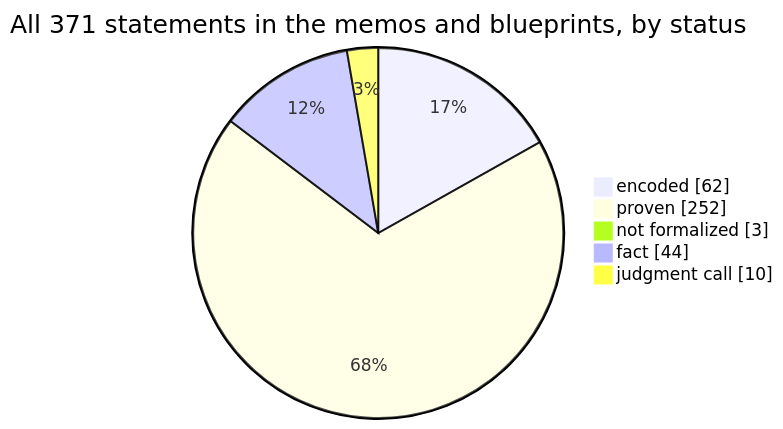
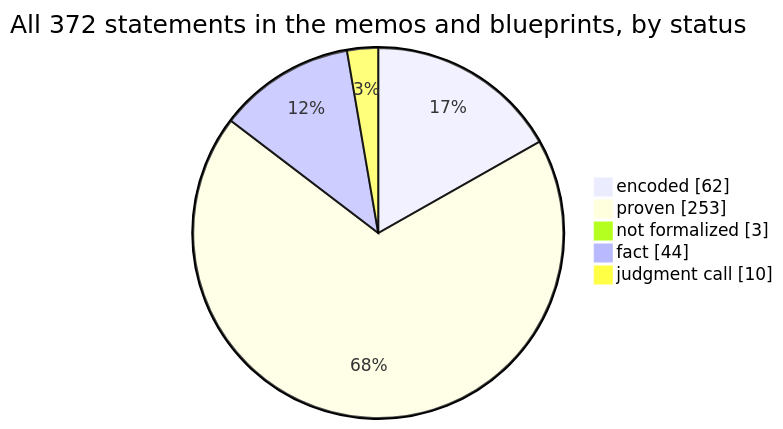
The first of 4 diagrams in docs/graphs/dashboard.md (SeanWMurray/Canteen), drawn with Mermaid before and after one commit. The commit also changed other lines of this file and 14 other files, not shown here.

````diff
--- a/docs/graphs/dashboard.md
+++ b/docs/graphs/dashboard.md
@@ -11,8 +11,8 @@
 ```mermaid
-pie showData title All 371 statements in the memos and blueprints, by status
+pie showData title All 372 statements in the memos and blueprints, by status
     "encoded" : 62
-    "proven" : 252
+    "proven" : 253
     "not formalized" : 3
     "fact" : 44
     "judgment call" : 10
 ```
````
